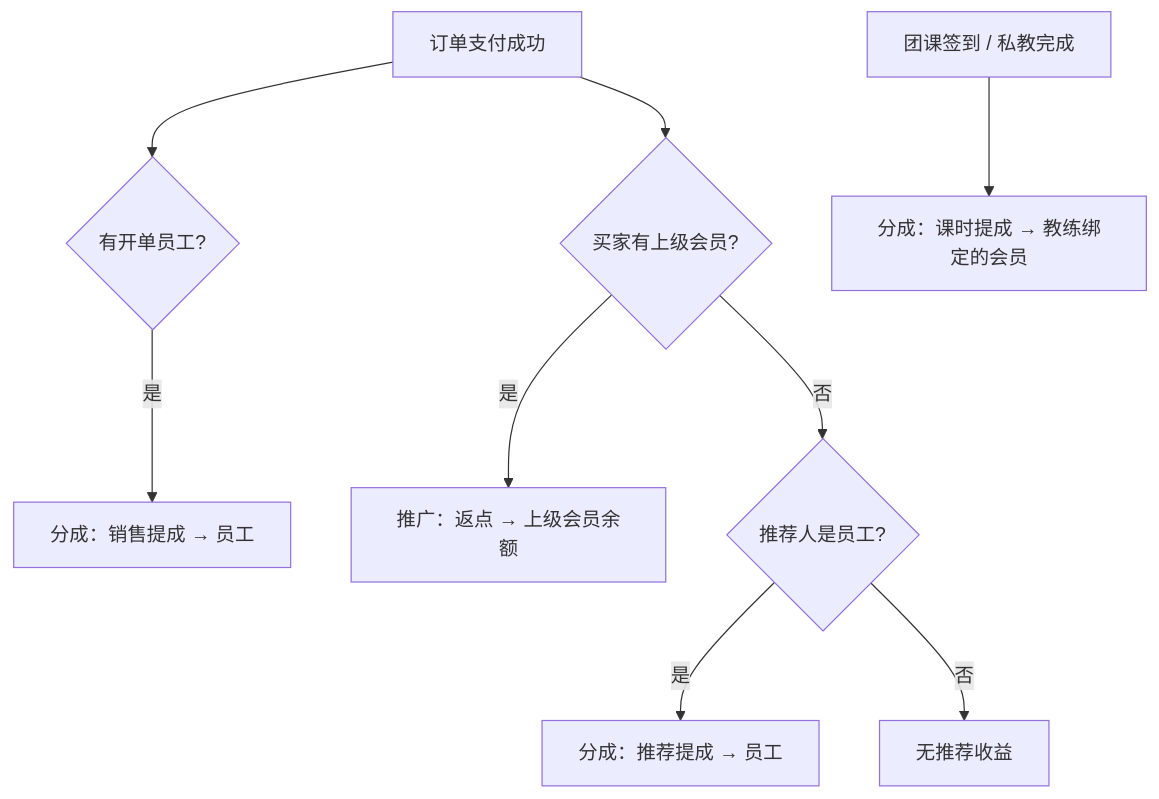
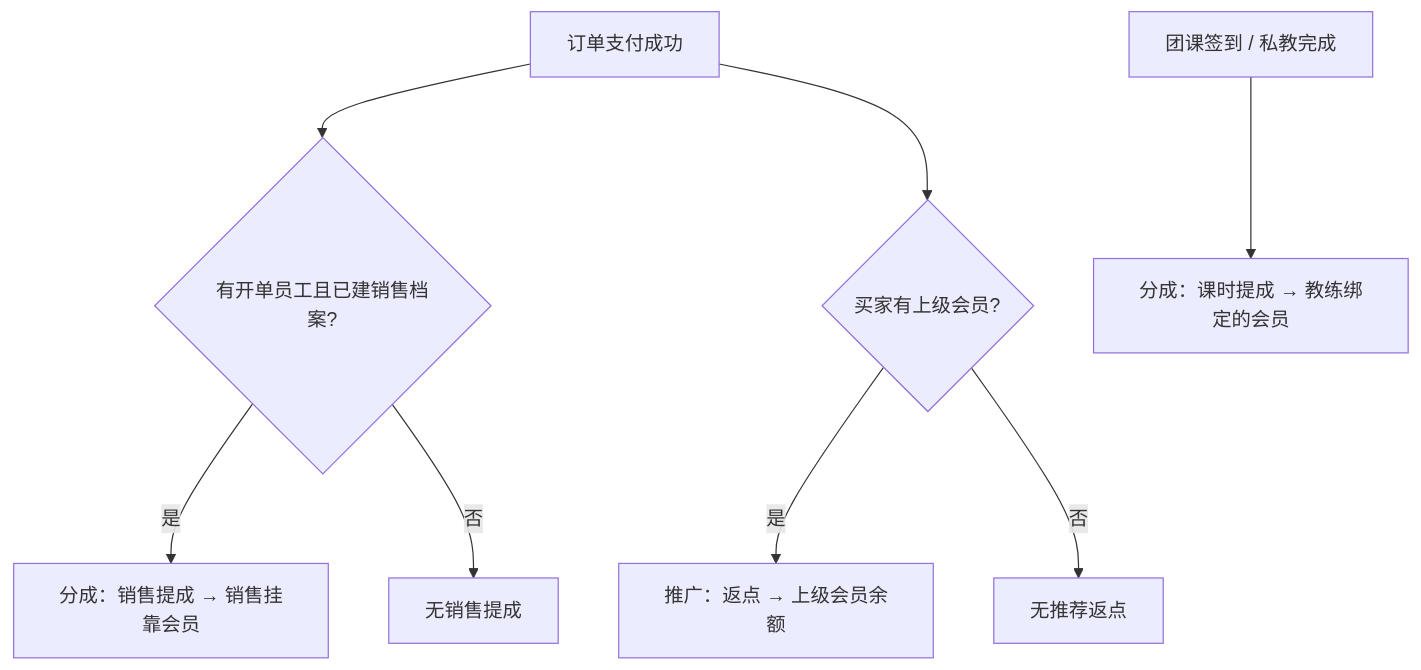
One commit to spjiang/gym changed the diagram in docs/提成推广操作手册.md. Above: the diagram before and after it, drawn with Mermaid. The commit also changed other lines of this file and 68 other files, not shown here.

````diff
--- a/docs/提成推广操作手册.md
+++ b/docs/提成推广操作手册.md
@@ -20,11 +20,10 @@
 ```mermaid
 flowchart TD
-  A[订单支付成功] --> B{有开单员工?}
-  B -->|是| C[分成：销售提成 → 员工]
+  A[订单支付成功] --> B{有开单员工且已建销售档案?}
+  B -->|是| C[分成：销售提成 → 销售挂靠会员]
+  B -->|否| C0[无销售提成]
   A --> D{买家有上级会员?}
   D -->|是| E[推广：返点 → 上级会员余额]
-  D -->|否| F{推荐人是员工?}
-  F -->|是| G[分成：推荐提成 → 员工]
-  F -->|否| H[无推荐收益]
+  D -->|否| H[无推荐返点]
   I[团课签到 / 私教完成] --> J[分成：课时提成 → 教练绑定的会员]
 ```
````
